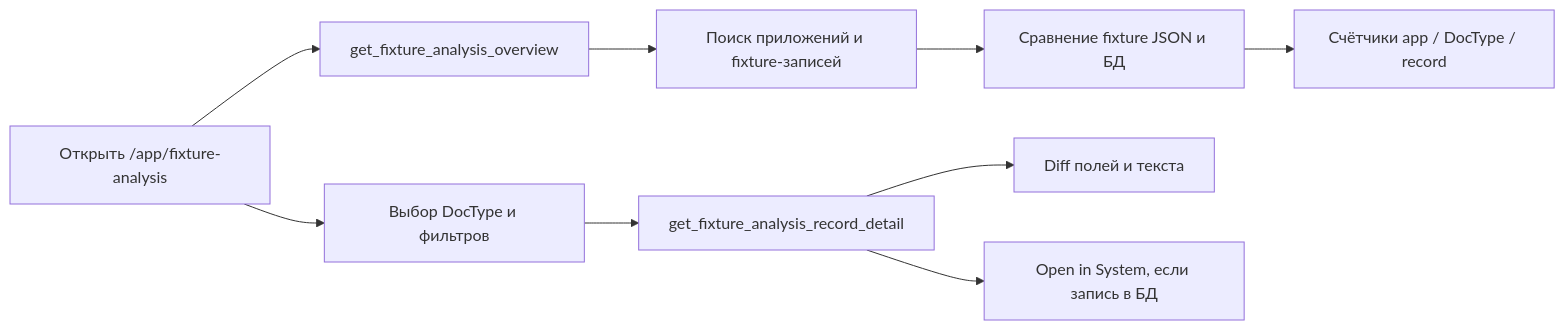
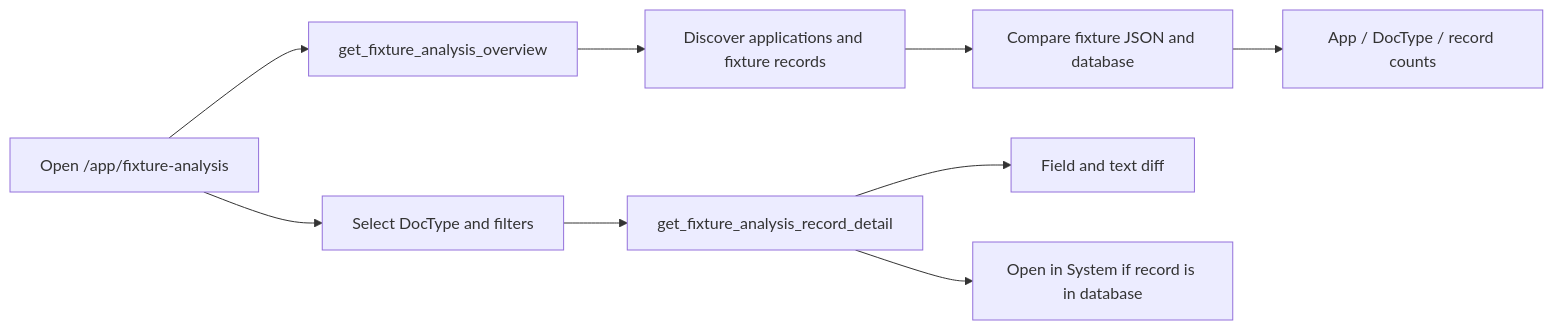
The fourth of 5 diagrams in README.md (Dinext-pro/dinext-common), drawn with Mermaid before and after one commit. The commit also changed other lines of this file and 1 other file, not shown here.

````diff
--- a/README.md
+++ b/README.md
@@ -927,11 +919,11 @@
 ```mermaid
 flowchart LR
-  user["Открыть /app/fixture-analysis"] --> overview["get_fixture_analysis_overview"]
-  overview --> discover["Поиск приложений и fixture-записей"]
-  discover --> compare["Сравнение fixture JSON и БД"]
-  compare --> summary["Счётчики app / DocType / record"]
-  user --> records["Выбор DocType и фильтров"]
+  user["Open /app/fixture-analysis"] --> overview["get_fixture_analysis_overview"]
+  overview --> discover["Discover applications and fixture records"]
+  discover --> compare["Compare fixture JSON and database"]
+  compare --> summary["App / DocType / record counts"]
+  user --> records["Select DocType and filters"]
   records --> detail["get_fixture_analysis_record_detail"]
-  detail --> fieldDiff["Diff полей и текста"]
-  detail --> openForm["Open in System, если запись в БД"]
+  detail --> fieldDiff["Field and text diff"]
+  detail --> openForm["Open in System if record is in database"]
 ```
````
